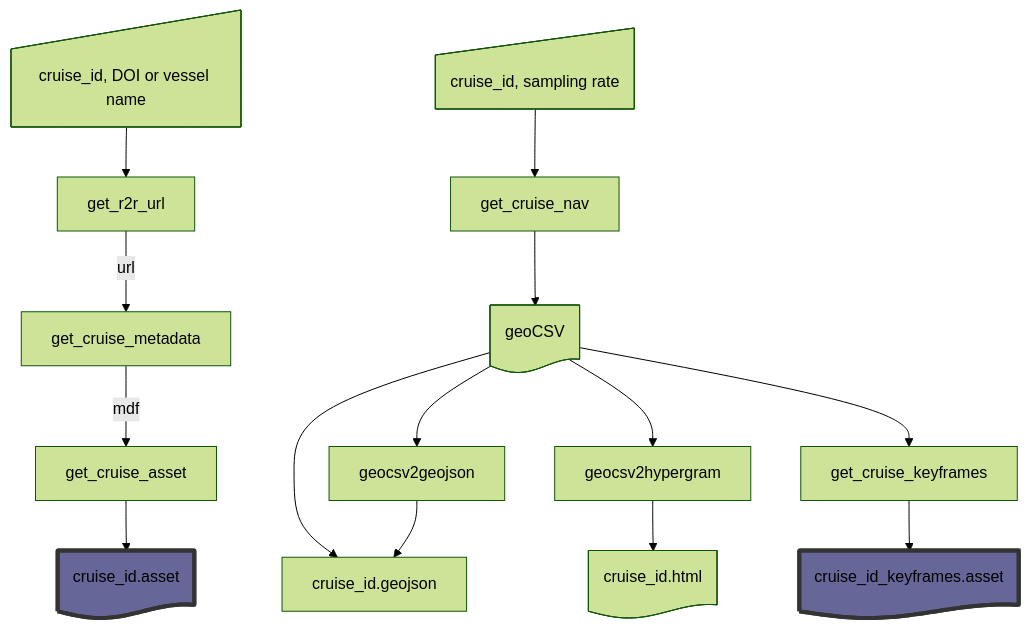
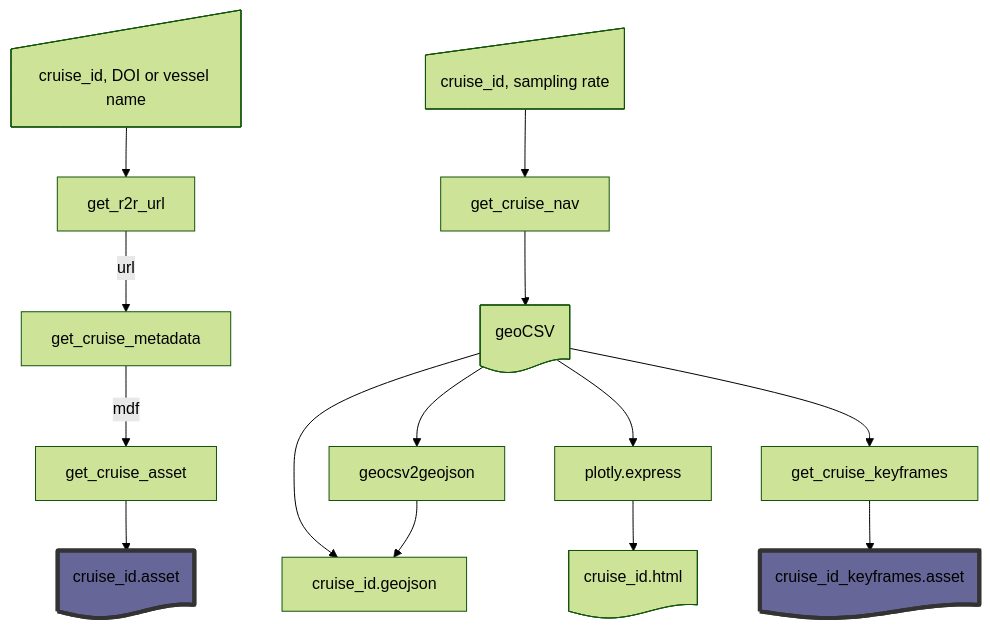
Before and after one commit to KCollins/openspace-rvdata: the diagram in README.md, drawn with Mermaid (forest theme).

````diff
--- a/README.md
+++ b/README.md
@@ -12,26 +12,27 @@
 ```mermaid
 flowchart TD
     n1["cruise_id, DOI or vessel name"] --> n2["get_r2r_url"]
     n2 -- url --> n3["get_cruise_metadata"]
     n3 -- mdf --> n4["get_cruise_asset"]
     n4 --> n5["cruise_id.asset"]
     n6["cruise_id, sampling rate"] --> n7["get_cruise_nav"]
     n7 --> n8["geoCSV"]
-    n8 --> n9["geocsv2geojson"] & n10["cruise_id.geojson"] & n11["geocsv2hypergram"] & n13["get_cruise_keyframes"]
+    n8 --> n9["geocsv2geojson"] & n10["cruise_id.geojson"] & n11["plotly.express"] & n13["get_cruise_keyframes"]
     n9 --> n10
     n11 --> n12["cruise_id.html"]
     n13 --> n14["cruise_id_keyframes.asset"]
 
     n1@{ shape: manual-input}
     n2@{ shape: process}
     n5@{ shape: document}
     n6@{ shape: manual-input}
     n8@{ shape: document}
     n9@{ shape:document}
+    n11@{ shape:curv-trap}
     n12@{ shape: document}
     n14@{ shape: document}
     click n1 "https://www.rvdata.us/search/cruise/RR2402"
    
    style n5 fill:#669,stroke:#333,stroke-width:4px 
    style n14 fill:#669,stroke:#333,stroke-width:4px
 ```
````
